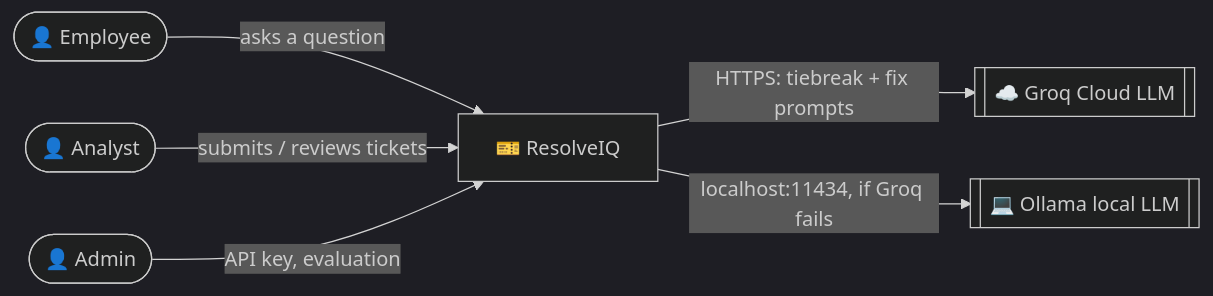
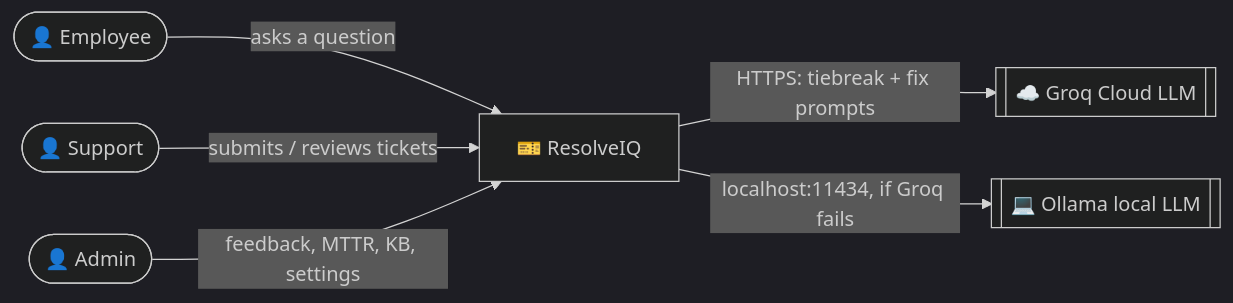
Before and after one commit to groov33/HCLTech_RAGsToRiches: the first of 7 diagrams in Docs/HLD.md, drawn with Mermaid (dark theme). The commit also changed other lines of this file and 12 other files, not shown here.

````diff
--- a/Docs/HLD.md
+++ b/Docs/HLD.md
@@ -27,11 +27,11 @@
 ```mermaid
 flowchart LR
     EMP(["👤 Employee"]) -->|"asks a question"| SYS
-    AN(["👤 Analyst"]) -->|"submits / reviews tickets"| SYS
-    ADM(["👤 Admin"]) -->|"API key, evaluation"| SYS
+    AN(["👤 Support"]) -->|"submits / reviews tickets"| SYS
+    ADM(["👤 Admin"]) -->|"feedback, MTTR, KB, settings"| SYS
 
     SYS["🎫 ResolveIQ"]
 
     SYS -->|"HTTPS: tiebreak + fix prompts"| GROQ[["☁️ Groq Cloud LLM"]]
     SYS -->|"localhost:11434, if Groq fails"| OLL[["💻 Ollama local LLM"]]
 ```
````
